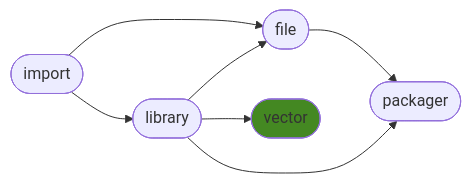
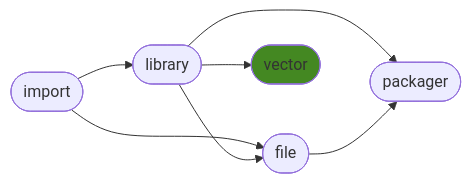
Before and after one commit to ManderaGeneral/generalvector: the diagram in README.md, drawn with Mermaid. The commit also changed other lines of this file, not shown here.

````diff
--- a/README.md
+++ b/README.md
@@ -24,15 +24,15 @@
 ```mermaid
 flowchart LR
+1([library]) --> 3([vector])
+1([library]) --> 4([packager])
 0([import]) --> 2([file])
+1([library]) --> 2([file])
 0([import]) --> 1([library])
 2([file]) --> 4([packager])
-1([library]) --> 4([packager])
-1([library]) --> 2([file])
-1([library]) --> 3([vector])
 click 0 "https://github.com/ManderaGeneral/generalimport"
 click 1 "https://github.com/ManderaGeneral/generallibrary"
 click 2 "https://github.com/ManderaGeneral/generalfile"
 click 3 "https://github.com/ManderaGeneral/generalvector"
 click 4 "https://github.com/ManderaGeneral/generalpackager"
 style 3 fill:#482
 ```
````
